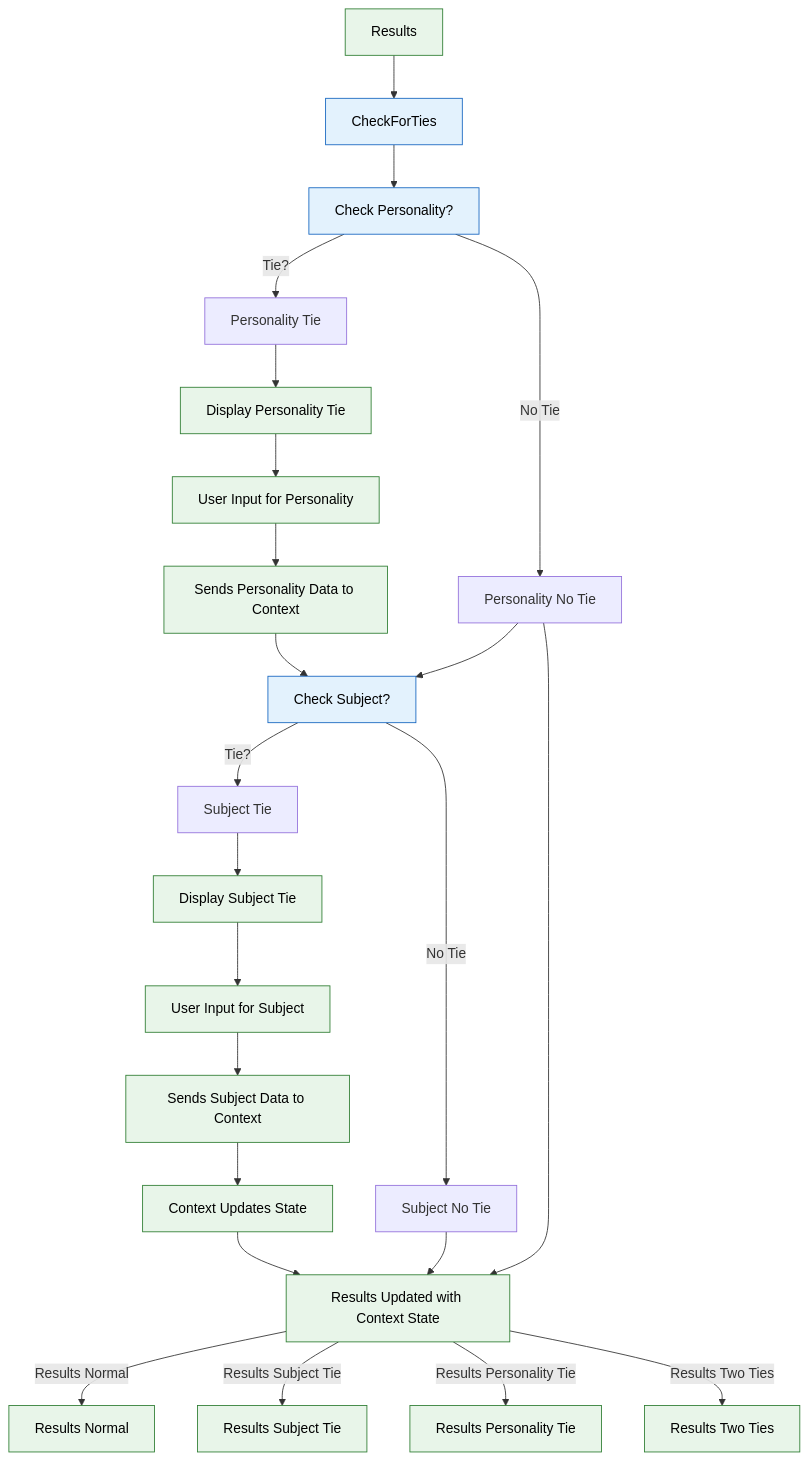
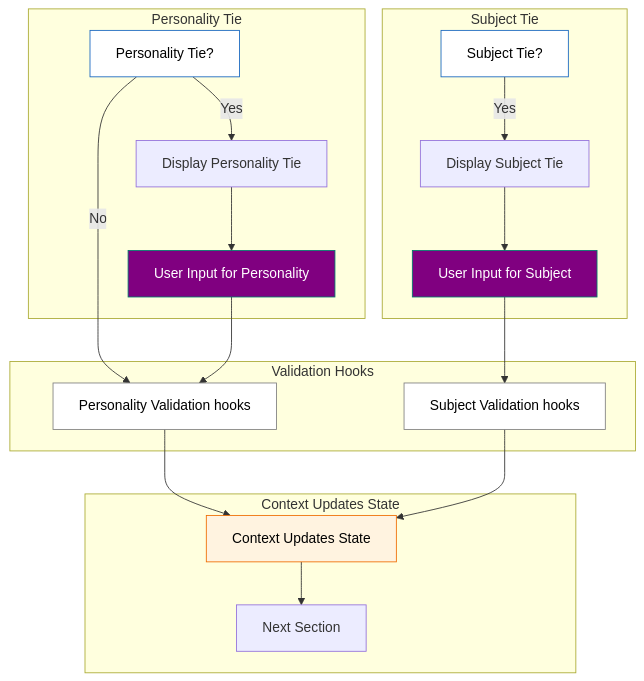
Before and after one commit to lmcrean/steam-report-mern: the fifth of 6 diagrams in docs/readme_react.md, drawn with Mermaid. The commit also changed other lines of this file, not shown here.

Commit message:
Update Data Flow Architecture and CheckforTies Diagrams for cleaner flow

````diff
--- a/docs/readme_react.md
+++ b/docs/readme_react.md
@@ -210,44 +225,48 @@
 ```mermaid
 flowchart TB
-    A[Results] --> B[CheckForTies]
-    
-    %% Check Personality first
-    B --> P[Check Personality?]
-    P -->|Tie?| PY[Personality Tie]
-    P -->|No Tie| PN[Personality No Tie]
-    
-    %% Handle Personality Tie
-    PY --> C[Display Personality Tie]
-    C --> D[User Input for Personality]
-    D --> E[Sends Personality Data to Context]
-    E --> S[Context Updates State]
-    
-    %% Check Subject next
-    PN --> S[Check Subject?]
-    S -->|Tie?| SY[Subject Tie]
-    S -->|No Tie| SN[Subject No Tie]
-    
-    %% Handle Subject Tie
-    SY --> G[Display Subject Tie]
-    G --> H[User Input for Subject]
-    H --> I[Sends Subject Data to Context]
-    I --> F[Context Updates State]
 
-    %% Final Results Update
-    F --> K[Results Updated with Context State]
-    SN --> K
-    PN --> K
+    subgraph PersonalityTie ["Personality Tie"]
+      %% Check Personality first lane
+      P[Personality Tie?]
+      
+      P -->|Yes| C[Display Personality Tie]
 
-    %% Outcomes
-    K -->|Results Normal| L[Results Normal]
-    K -->|Results Subject Tie| M[Results Subject Tie]
-    K -->|Results Personality Tie| N[Results Personality Tie]
-    K -->|Results Two Ties| O[Results Two Ties]
+      %% Personality Tie Calculation
+      C --> D[User Input for Personality]      
+    end
 
-    classDef flow fill:#f9f9f9,stroke:#ff9800,color:#000
-    classDef decision fill:#e3f2fd,stroke:#1565c0,color:#000
-    classDef action fill:#e8f5e9,stroke:#2e7d32,color:#000
+    subgraph SubjectTie ["Subject Tie"]
+      %% Check Subject second lane
+      S[Subject Tie?]
+      S -->|Yes| G[Display Subject Tie]
+      G --> H[User Input for Subject]
+
+    end
+
+    %% Context Updates State
+    subgraph ValidationHooks ["Validation Hooks"]
+      P -->|No| PV
+      D --> PV[Personality Tie Results]
+      H --> SV
+      PV[Personality Validation hooks]
+      SV[Subject Validation hooks]
+
+    end
+
+    subgraph ContextUpdates ["Context Updates State"]
+      PV --> CUS[Context Updates State]
+      SV --> CUS[Context Updates State]
+      CUS --> NS[Next Section]
+    end
+
+    classDef decision fill:white,stroke:#1565c0,color:#000
+    classDef validation fill:white,stroke:grey,color:#000
+    classDef context fill:#fff3e0,stroke:#ef6c00,color:#000
+    classDef userInput fill:purple,stroke:#00796b,color:white
 
     class B,P,S decision
-    class A,C,D,E,F,G,H,I,J,K,L,M,N,O action
+    class A,C,E,F,G,I,J,K,L,M,N,O action
+    class D,H userInput
+    class PV,SV validation
+    class CUS context
 ```
````
